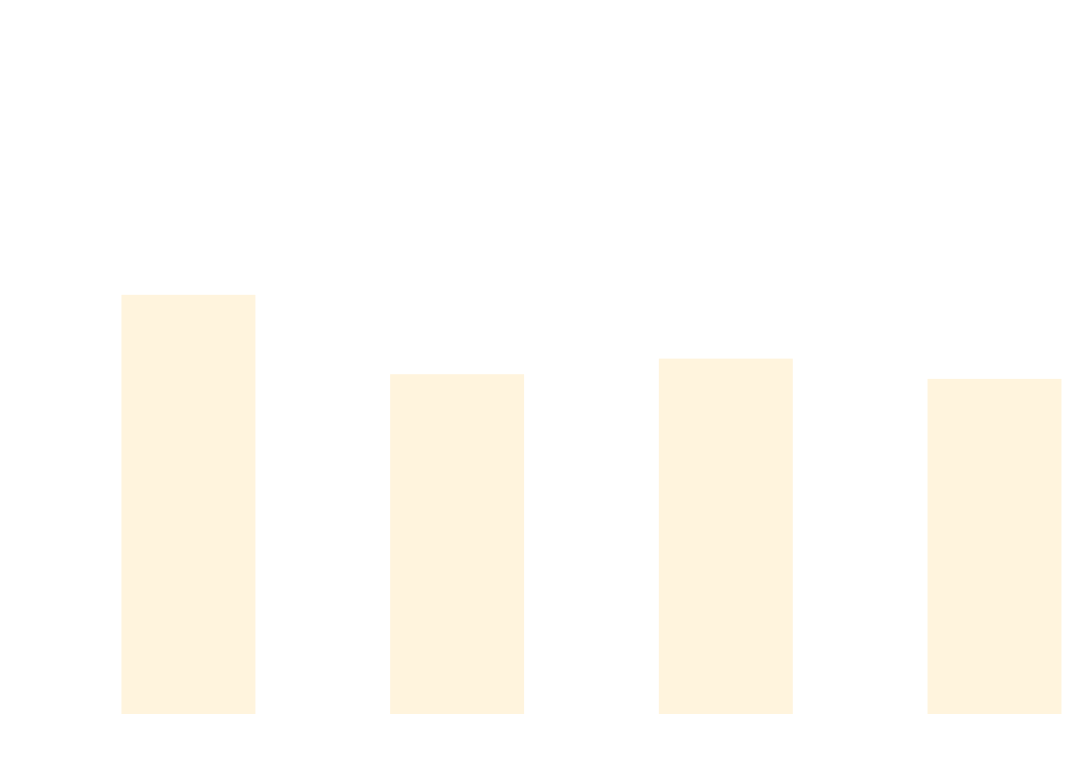
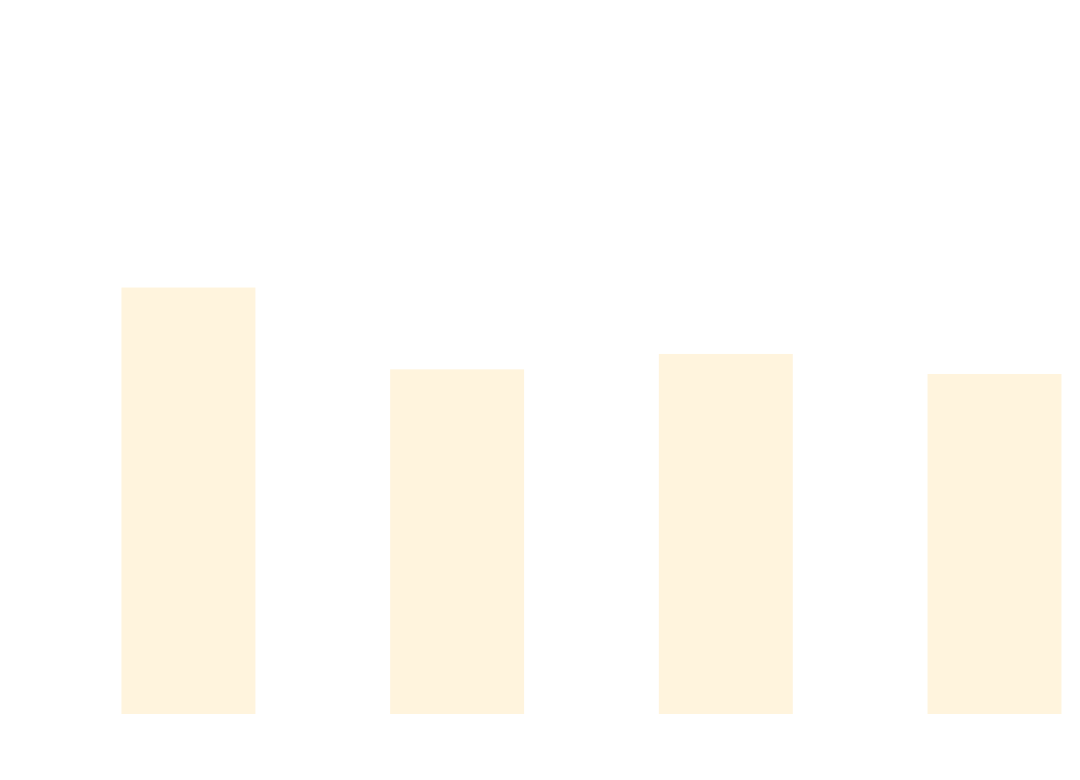
The diagram in docs/docs/benchmarks/BuildTime.md (thomhurst/TUnit), drawn with Mermaid before and after one commit. The commit also changed other lines of this file and 17 other files, not shown here.

````diff
--- a/docs/docs/benchmarks/BuildTime.md
+++ b/docs/docs/benchmarks/BuildTime.md
@@ -28,37 +28,37 @@
 ```mermaid
 %%{init: {
   'theme':'base',
   'themeVariables': {
     'primaryColor': '#2563eb',
     'primaryTextColor': '#ffffff',
     'primaryBorderColor': '#1e40af',
     'lineColor': '#6b7280',
     'secondaryColor': '#7c3aed',
     'tertiaryColor': '#dc2626',
     'background': '#ffffff',
     'mainBkg': '#2563eb',
     'secondBkg': '#7c3aed',
     'tertiaryBkg': '#dc2626',
     'clusterBkg': '#f3f4f6',
     'edgeLabelBackground': '#ffffff',
     'tertiaryTextColor': '#1f2937',
     'pie1': '#2563eb',
     'pie2': '#7c3aed',
     'pie3': '#dc2626',
     'pie4': '#f59e0b',
     'pie5': '#10b981',
     'pie6': '#06b6d4',
     'pie7': '#ec4899',
     'pie8': '#6366f1',
     'pie9': '#84cc16',
     'pie10': '#f97316',
     'pie11': '#14b8a6',
     'pie12': '#a855f7'
   }
 }}%%
 xychart-beta
   title "Build Time Comparison"
   x-axis ["Build_TUnit", "Build_NUnit", "Build_MSTest", "Build_xUnit3"]
   y-axis "Time (s)" 0 --> 3
-  bar [2.007, 1.615, 1.692, 1.592]
+  bar [2.043, 1.639, 1.715, 1.616]
 ```
````
